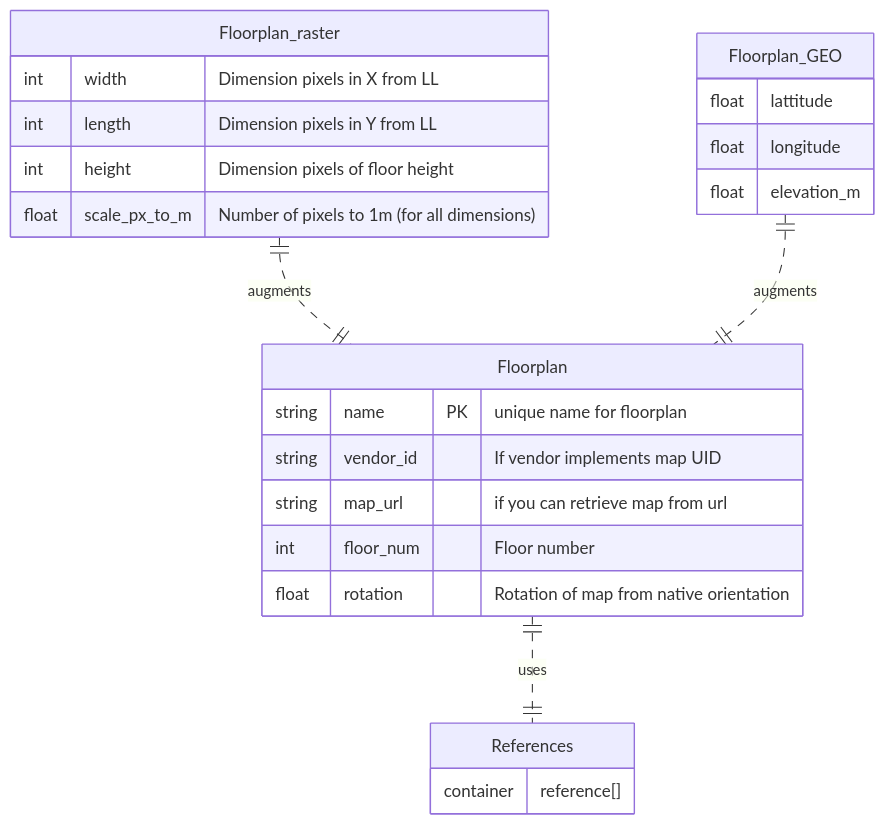
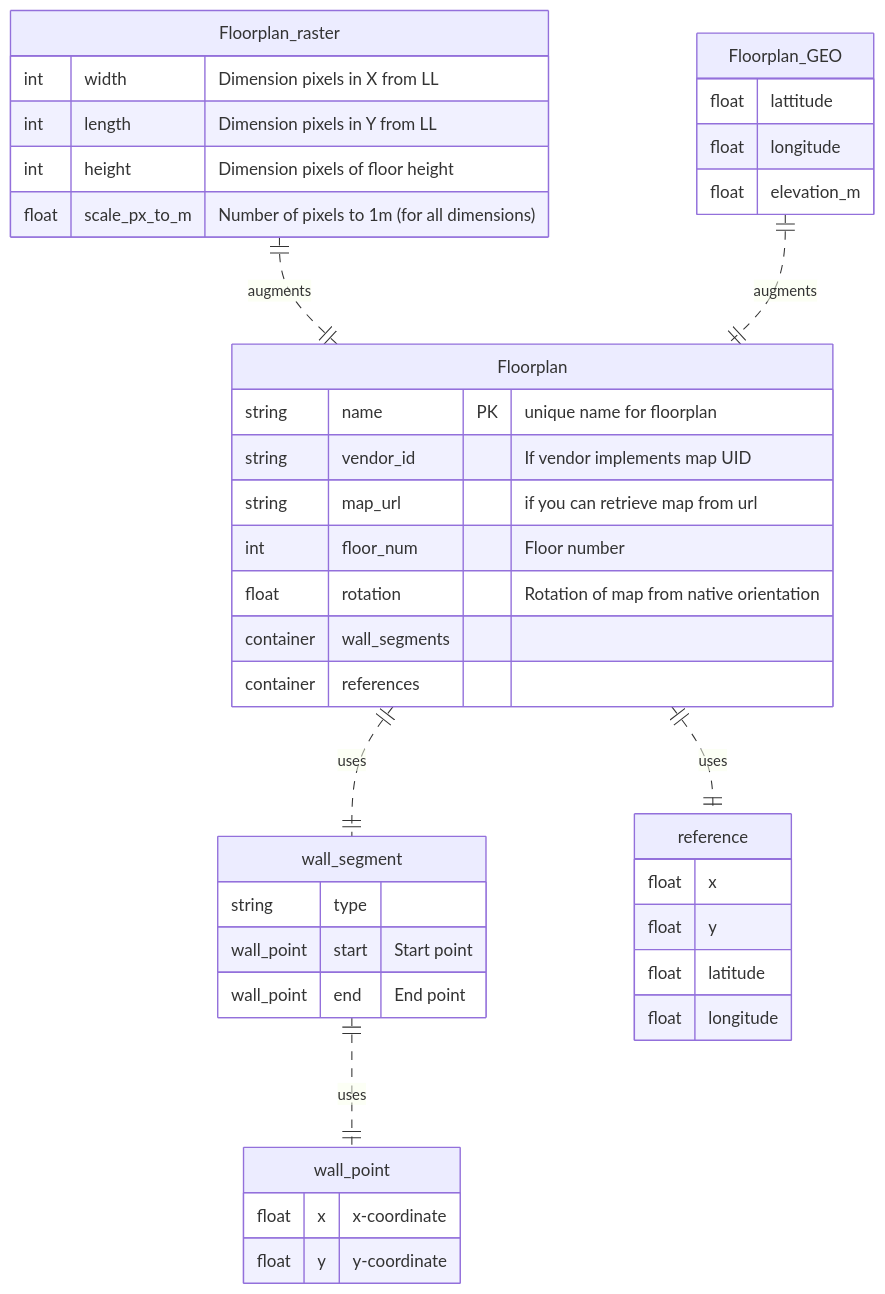
Before and after one commit to google/openintent: the first of 3 diagrams in docs/model_ideas.md, drawn with Mermaid. The commit also changed other lines of this file, not shown here.

Commit message:
updating model_ideas

````diff
--- a/docs/model_ideas.md
+++ b/docs/model_ideas.md
@@ -18,34 +18,52 @@
 ```mermaid
 ---
 Title: Floorplan Constructs
 ---
 
 erDiagram
     Floorplan {
         string name PK "unique name for floorplan"
         string vendor_id "If vendor implements map UID"
         string map_url "if you can retrieve map from url"
         int floor_num "Floor number"
         float rotation "Rotation of map from native orientation"
+        container wall_segments
+        container references
     }
-
+    Floorplan ||..|| wall_segment : uses
 
     Floorplan_raster ||..|| Floorplan : augments
     Floorplan_raster {
         int width "Dimension pixels in X from LL" 
         int length "Dimension pixels in Y from LL"
         int height "Dimension pixels of floor height"
         float scale_px_to_m "Number of pixels to 1m (for all dimensions)"
     }
     Floorplan_GEO ||..|| Floorplan: augments
     Floorplan_GEO {
         float lattitude
         float longitude
         float elevation_m
     }
-    Floorplan ||..|| References : uses
-    References {
-        container reference[]
+    Floorplan ||..|| reference : uses
+    reference{
+        float x
+        float y
+        float latitude
+        float longitude
+
         
     }
+
+    wall_segment {
+        string type
+        wall_point start "Start point"
+        wall_point end "End point"
+
+    }
+    wall_segment ||..|| wall_point : uses
+    wall_point {
+        float x "x-coordinate"
+        float y "y-coordinate"
+    }
 ```
````
